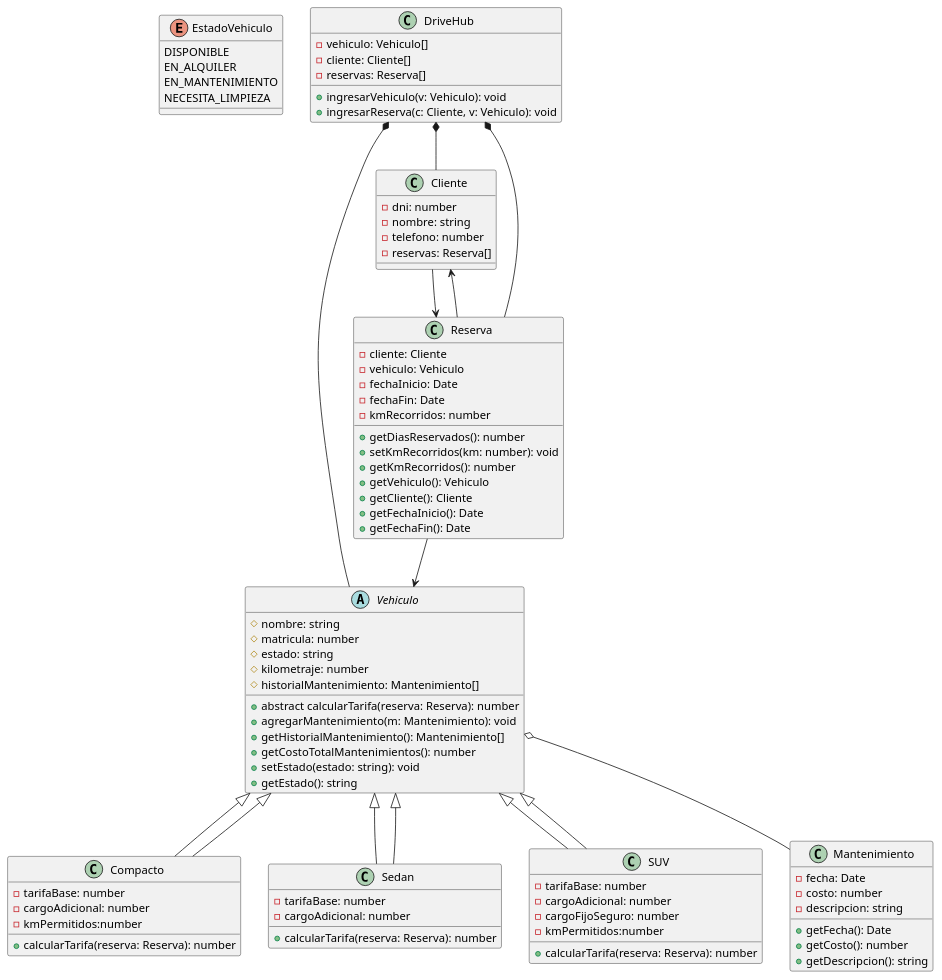
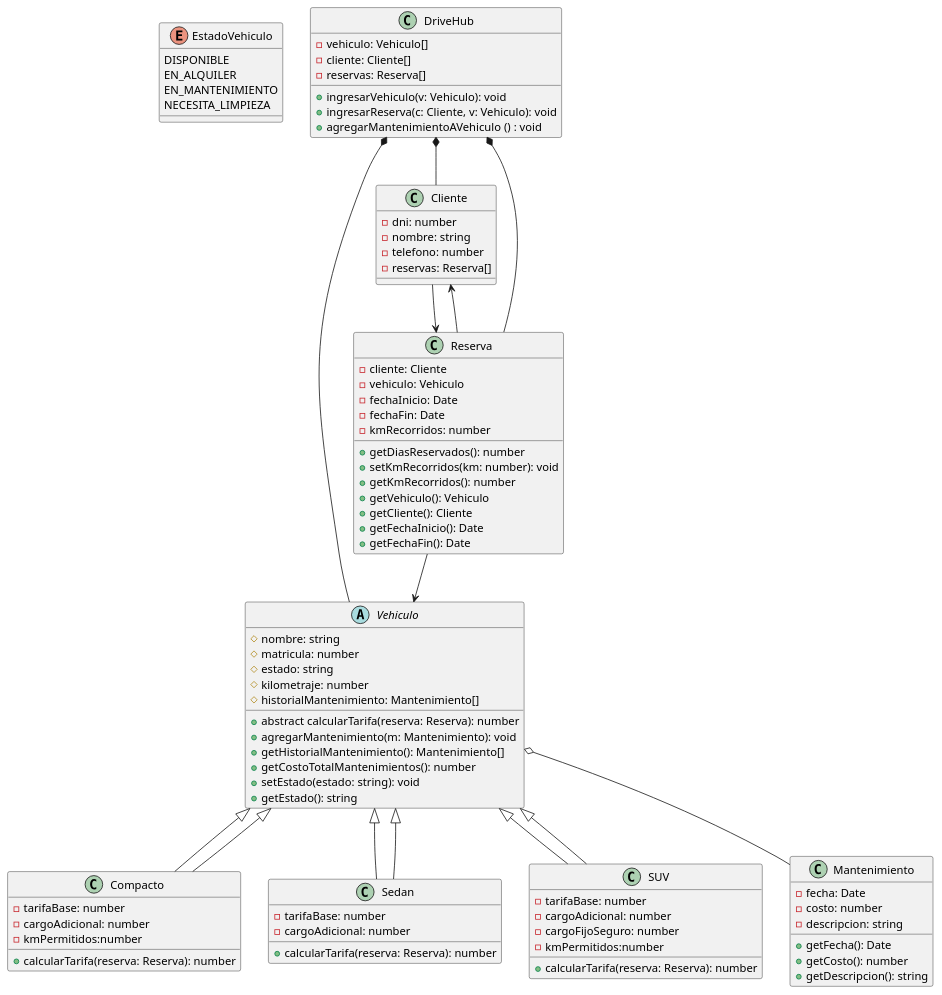
The diagram in diagramas/diagrama.puml (diegolacosta02/TP-Programacion-II), drawn with PlantUML before and after one commit. The commit also changed 14 other files, not shown here.

```diff
--- a/diagramas/diagrama.puml
+++ b/diagramas/diagrama.puml
@@ -1,103 +1,104 @@
 @startuml Trabajo Practico Alquiler de Autos
 
 enum EstadoVehiculo {
     DISPONIBLE
     EN_ALQUILER
     EN_MANTENIMIENTO
     NECESITA_LIMPIEZA
 }
 
 class DriveHub {
     - vehiculo: Vehiculo[]
     - cliente: Cliente[]
     - reservas: Reserva[]
 
     + ingresarVehiculo(v: Vehiculo): void
     + ingresarReserva(c: Cliente, v: Vehiculo): void
+    + agregarMantenimientoAVehiculo () : void
 }
 
 abstract class Vehiculo {
     # nombre: string
     # matricula: number
     # estado: string
     # kilometraje: number
     # historialMantenimiento: Mantenimiento[]
 
     + abstract calcularTarifa(reserva: Reserva): number
     + agregarMantenimiento(m: Mantenimiento): void
     + getHistorialMantenimiento(): Mantenimiento[]
     + getCostoTotalMantenimientos(): number
     + setEstado(estado: string): void
     + getEstado(): string
 }
 
 
 class Compacto extends Vehiculo {
     - tarifaBase: number
     - cargoAdicional: number
     - kmPermitidos:number
     + calcularTarifa(reserva: Reserva): number
 }
 
 class Sedan extends Vehiculo {
     - tarifaBase: number
     - cargoAdicional: number
     + calcularTarifa(reserva: Reserva): number
 }
 
 class SUV extends Vehiculo {
     - tarifaBase: number
     - cargoAdicional: number
     - cargoFijoSeguro: number
     - kmPermitidos:number
     + calcularTarifa(reserva: Reserva): number
 }
 
 class Cliente {
     - dni: number
     - nombre: string
     - telefono: number
     - reservas: Reserva[]
 
 }
 
 class Reserva {
     - cliente: Cliente
     - vehiculo: Vehiculo
     - fechaInicio: Date
     - fechaFin: Date
     - kmRecorridos: number
 
     + getDiasReservados(): number
     + setKmRecorridos(km: number): void
     + getKmRecorridos(): number
     + getVehiculo(): Vehiculo
     + getCliente(): Cliente
     + getFechaInicio(): Date
     + getFechaFin(): Date
 }
 
 class Mantenimiento {
     - fecha: Date
     - costo: number
     - descripcion: string
 
     + getFecha(): Date
     + getCosto(): number
     + getDescripcion(): string
 }
 
 Vehiculo <|-- Compacto
 Vehiculo <|-- Sedan
 Vehiculo <|-- SUV
 
 DriveHub  *--  Vehiculo
 DriveHub  *--  Cliente
 DriveHub  *--  Reserva
 Vehiculo  o--  Mantenimiento
 
 Reserva  -->  Cliente
 Reserva  -->  Vehiculo
 Cliente  -->  Reserva
 
 @enduml
```
